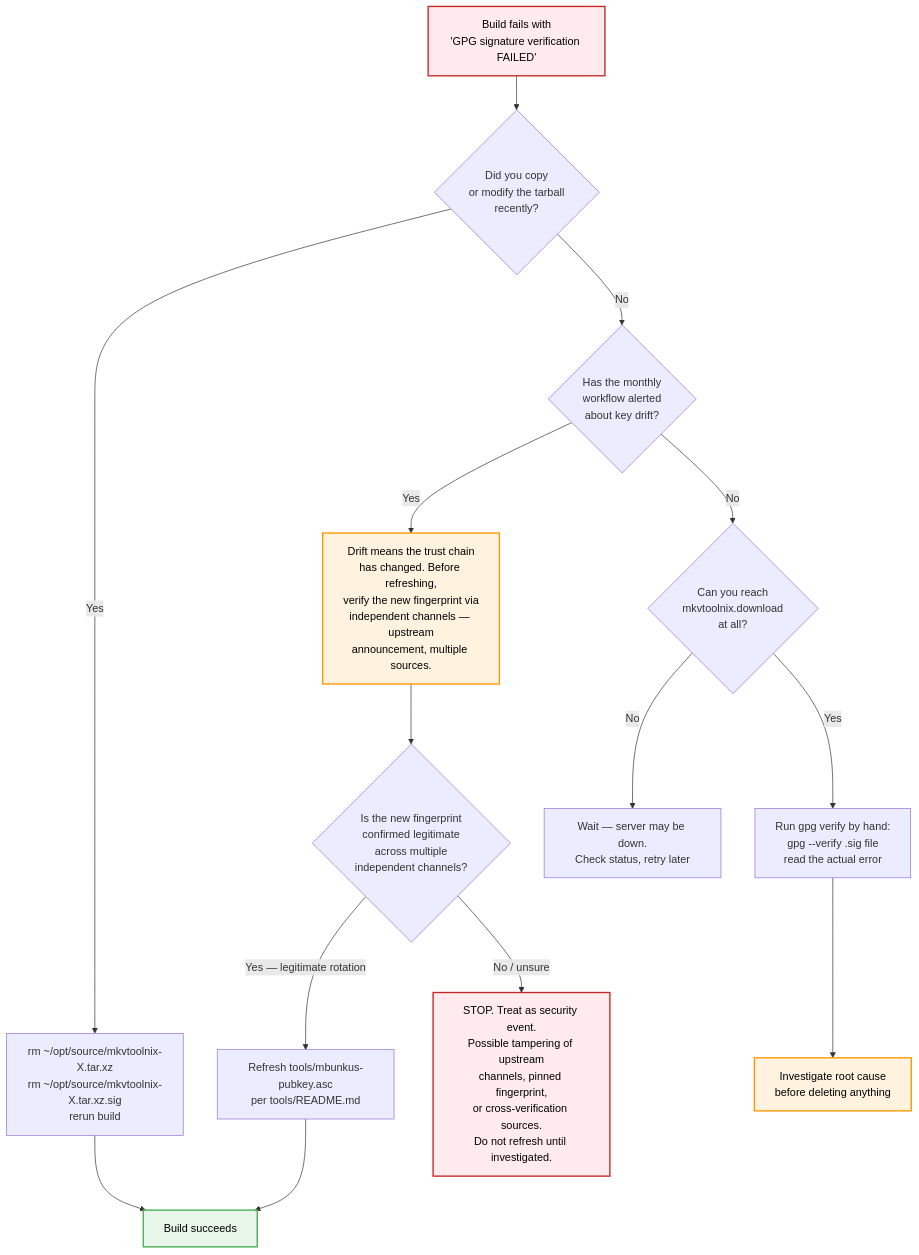
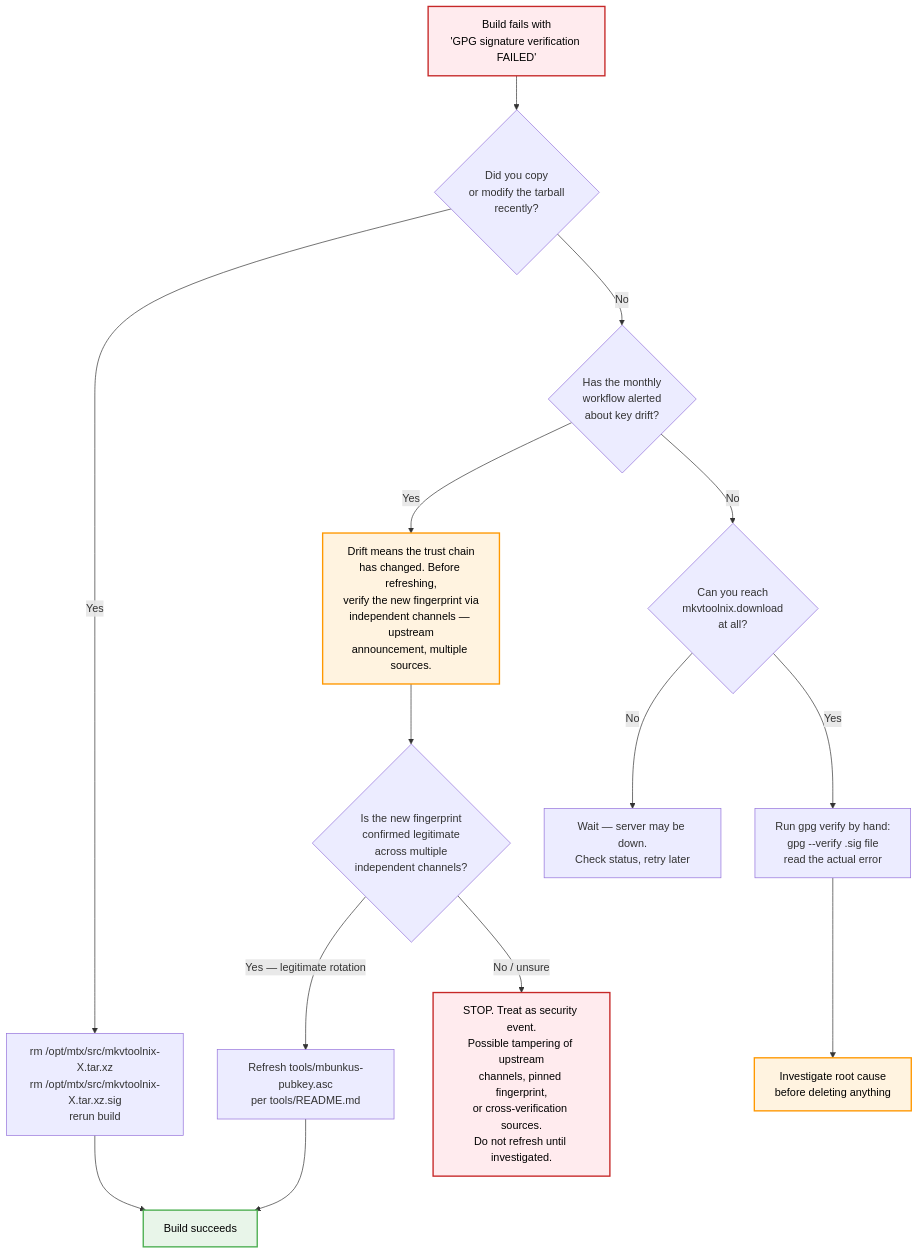
The fifth of 6 diagrams in docs/tarball-verification.md (CorticalCode/mkvtoolnix-gui-macos), drawn with Mermaid before and after one commit. The commit also changed other lines of this file and 7 other files, not shown here.

````diff
--- a/docs/tarball-verification.md
+++ b/docs/tarball-verification.md
@@ -181,28 +181,28 @@
 ```mermaid
 flowchart TD
     Start[Build fails with<br/>'GPG signature verification FAILED']
     Start --> Q1{Did you copy<br/>or modify the tarball<br/>recently?}
 
-    Q1 -->|Yes| Fix1[rm ~/opt/source/mkvtoolnix-X.tar.xz<br/>rm ~/opt/source/mkvtoolnix-X.tar.xz.sig<br/>rerun build]
+    Q1 -->|Yes| Fix1[rm /opt/mtx/src/mkvtoolnix-X.tar.xz<br/>rm /opt/mtx/src/mkvtoolnix-X.tar.xz.sig<br/>rerun build]
     Q1 -->|No| Q2{Has the monthly<br/>workflow alerted<br/>about key drift?}
 
     Q2 -->|Yes| DriftCheck[Drift means the trust chain<br/>has changed. Before refreshing,<br/>verify the new fingerprint via<br/>independent channels — upstream<br/>announcement, multiple sources.]
     DriftCheck --> Q2a{Is the new fingerprint<br/>confirmed legitimate<br/>across multiple<br/>independent channels?}
     Q2a -->|Yes — legitimate rotation| Refresh[Refresh tools/mbunkus-pubkey.asc<br/>per tools/README.md]
     Q2a -->|No / unsure| SecurityEvent[STOP. Treat as security event.<br/>Possible tampering of upstream<br/>channels, pinned fingerprint,<br/>or cross-verification sources.<br/>Do not refresh until investigated.]
 
     Q2 -->|No| Q3{Can you reach<br/>mkvtoolnix.download<br/>at all?}
 
     Q3 -->|No| Wait[Wait — server may be down.<br/>Check status, retry later]
     Q3 -->|Yes| Manual[Run gpg verify by hand:<br/>gpg --verify .sig file<br/>read the actual error]
 
     Fix1 --> Done[Build succeeds]
     Refresh --> Done
     Manual --> Investigate[Investigate root cause<br/>before deleting anything]
 
     style Start fill:#ffebee,stroke:#c62828,stroke-width:2px,color:#000
     style Done fill:#e8f5e9,stroke:#4caf50,stroke-width:2px,color:#000
     style DriftCheck fill:#fff3e0,stroke:#ff9800,stroke-width:2px,color:#000
     style Investigate fill:#fff3e0,stroke:#ff9800,stroke-width:2px,color:#000
     style SecurityEvent fill:#ffebee,stroke:#c62828,stroke-width:2px,color:#000
 ```
````
